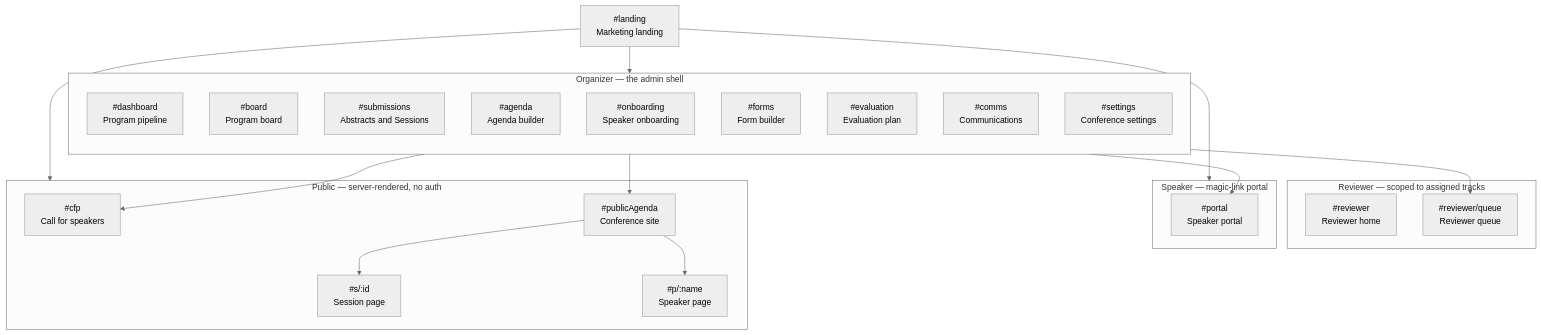
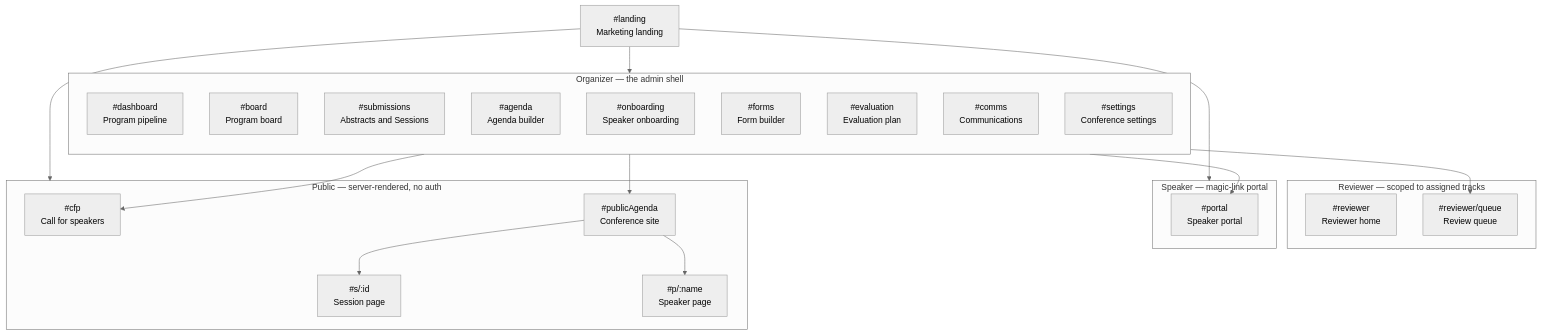
The first of 6 diagrams in SITEMAP.md (Stage-11-Agentics/marquee), drawn with Mermaid (neutral theme) before and after one commit. The commit also changed other lines of this file and 6 other files, not shown here.

````diff
--- a/SITEMAP.md
+++ b/SITEMAP.md
@@ -15,44 +15,44 @@
 ```mermaid
 flowchart TD
   Landing["#landing<br/>Marketing landing"]
 
   Landing --> Organizer
   Landing --> Speaker
   Landing --> Public
 
   subgraph Organizer["Organizer — the admin shell"]
     direction TB
     Dash["#dashboard<br/>Program pipeline"]
     Board["#board<br/>Program board"]
     Subs["#submissions<br/>Abstracts and Sessions"]
     Agenda["#agenda<br/>Agenda builder"]
     Onboard["#onboarding<br/>Speaker onboarding"]
     Forms["#forms<br/>Form builder"]
     Eval["#evaluation<br/>Evaluation plan"]
     Comms["#comms<br/>Communications"]
     Settings["#settings<br/>Conference settings"]
   end
 
   subgraph Reviewer["Reviewer — scoped to assigned tracks"]
     Home["#reviewer<br/>Reviewer home"]
-    Queue["#reviewer/queue<br/>Reviewer queue"]
+    Queue["#reviewer/queue<br/>Review queue"]
   end
 
   subgraph Speaker["Speaker — magic-link portal"]
     Portal["#portal<br/>Speaker portal"]
   end
 
   subgraph Public["Public — server-rendered, no auth"]
     CFP["#cfp<br/>Call for speakers"]
     Site["#publicAgenda<br/>Conference site"]
     Session["#s/:id<br/>Session page"]
     Person["#p/:name<br/>Speaker page"]
   end
 
   Eval --> Queue
   Forms --> CFP
   Agenda --> Site
   Site --> Session
   Site --> Person
   Onboard --> Portal
 ```
````
